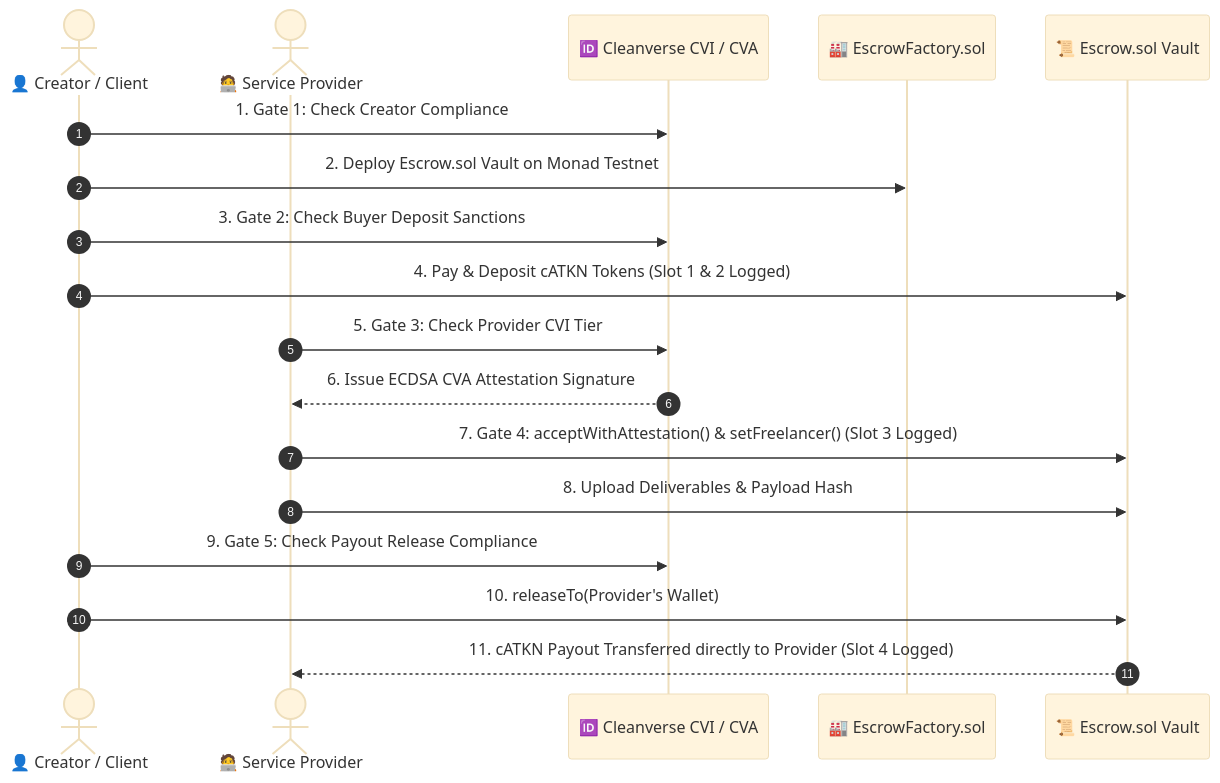
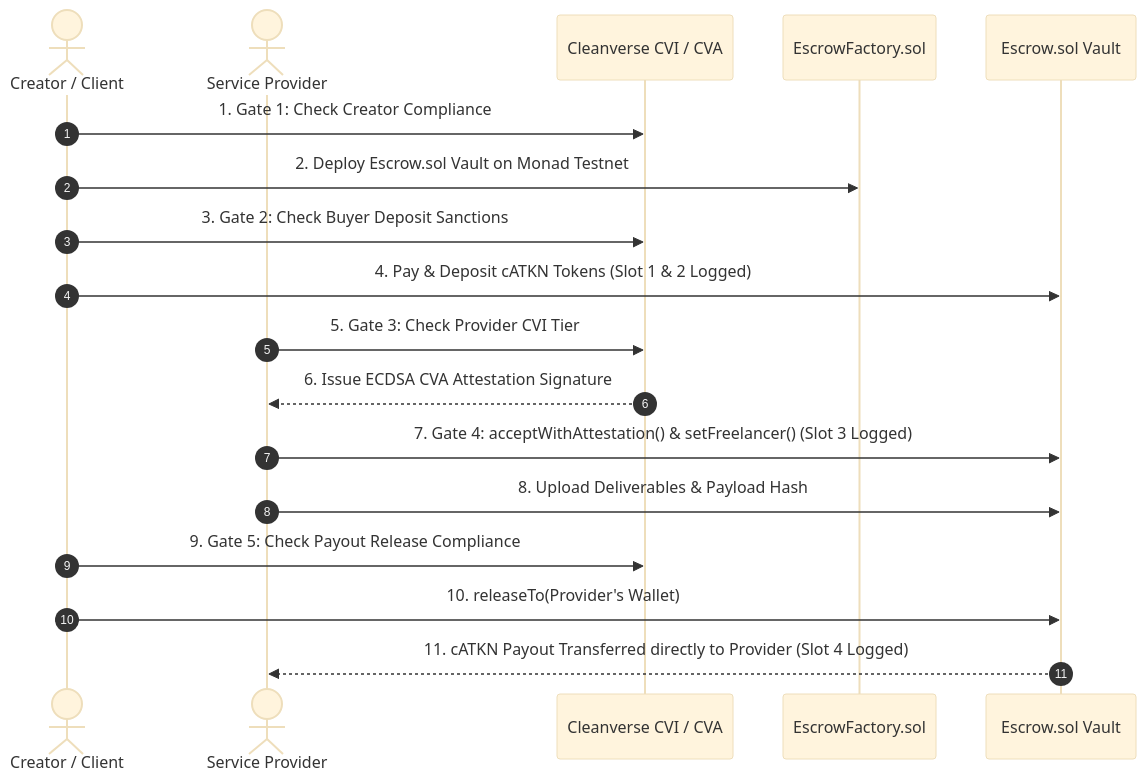
One commit to OpeyemiMoses/VERA changed the second of 2 diagrams in README.md. Above: the diagram before and after it, drawn with Mermaid (base theme). The commit also changed other lines of this file, not shown here.

````diff
--- a/README.md
+++ b/README.md
@@ -143,21 +143,21 @@
 ```mermaid
 sequenceDiagram
     autonumber
-    actor Creator as 👤 Creator / Client
-    actor Provider as 🧑‍💻 Service Provider
-    participant CVI as 🆔 Cleanverse CVI / CVA
-    participant Factory as 🏭 EscrowFactory.sol
-    participant Vault as 📜 Escrow.sol Vault
+    actor Creator as Creator / Client
+    actor Provider as Service Provider
+    participant CVI as Cleanverse CVI / CVA
+    participant Factory as EscrowFactory.sol
+    participant Vault as Escrow.sol Vault
 
     Creator->>CVI: 1. Gate 1: Check Creator Compliance
     Creator->>Factory: 2. Deploy Escrow.sol Vault on Monad Testnet
     Creator->>CVI: 3. Gate 2: Check Buyer Deposit Sanctions
     Creator->>Vault: 4. Pay & Deposit cATKN Tokens (Slot 1 & 2 Logged)
     Provider->>CVI: 5. Gate 3: Check Provider CVI Tier
     CVI-->>Provider: 6. Issue ECDSA CVA Attestation Signature
     Provider->>Vault: 7. Gate 4: acceptWithAttestation() & setFreelancer() (Slot 3 Logged)
     Provider->>Vault: 8. Upload Deliverables & Payload Hash
     Creator->>CVI: 9. Gate 5: Check Payout Release Compliance
     Creator->>Vault: 10. releaseTo(Provider's Wallet)
     Vault-->>Provider: 11. cATKN Payout Transferred directly to Provider (Slot 4 Logged)
 ```
````
